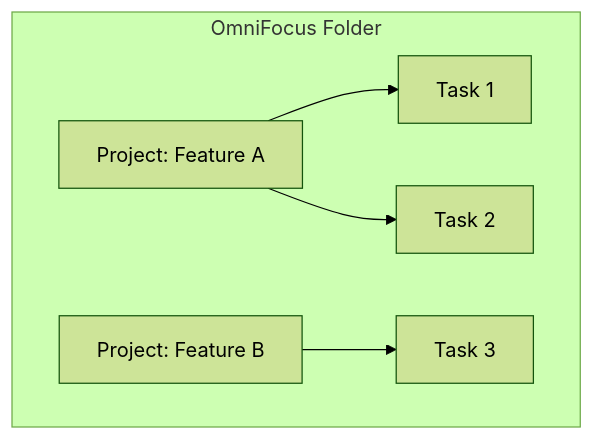
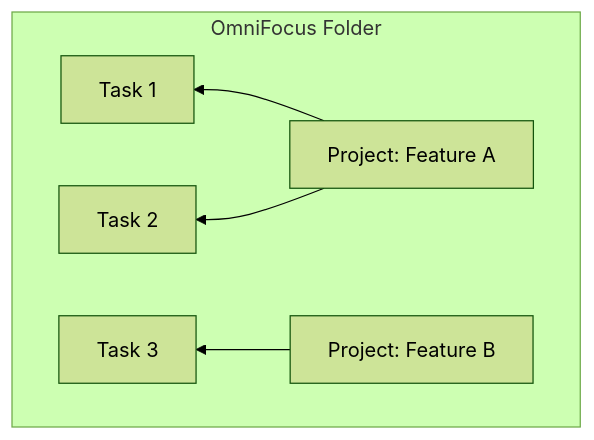
One commit to sellout/dagny-omnifocus-plugin changed the second of 2 diagrams in docs/pull.md. Above: the diagram before and after it, drawn with Mermaid (forest theme). The commit also changed 3 other files, not shown here.

````diff
--- a/docs/pull.md
+++ b/docs/pull.md
@@ -91,10 +91,11 @@
 ```mermaid
-graph TD
+graph RL
   subgraph "OmniFocus Folder"
+    direction RL
     P1["Project: Feature A"]
     P2["Project: Feature B"]
     P1 --> T1[Task 1]
     P1 --> T2[Task 2]
     P2 --> T3[Task 3]
   end
 ```
````
